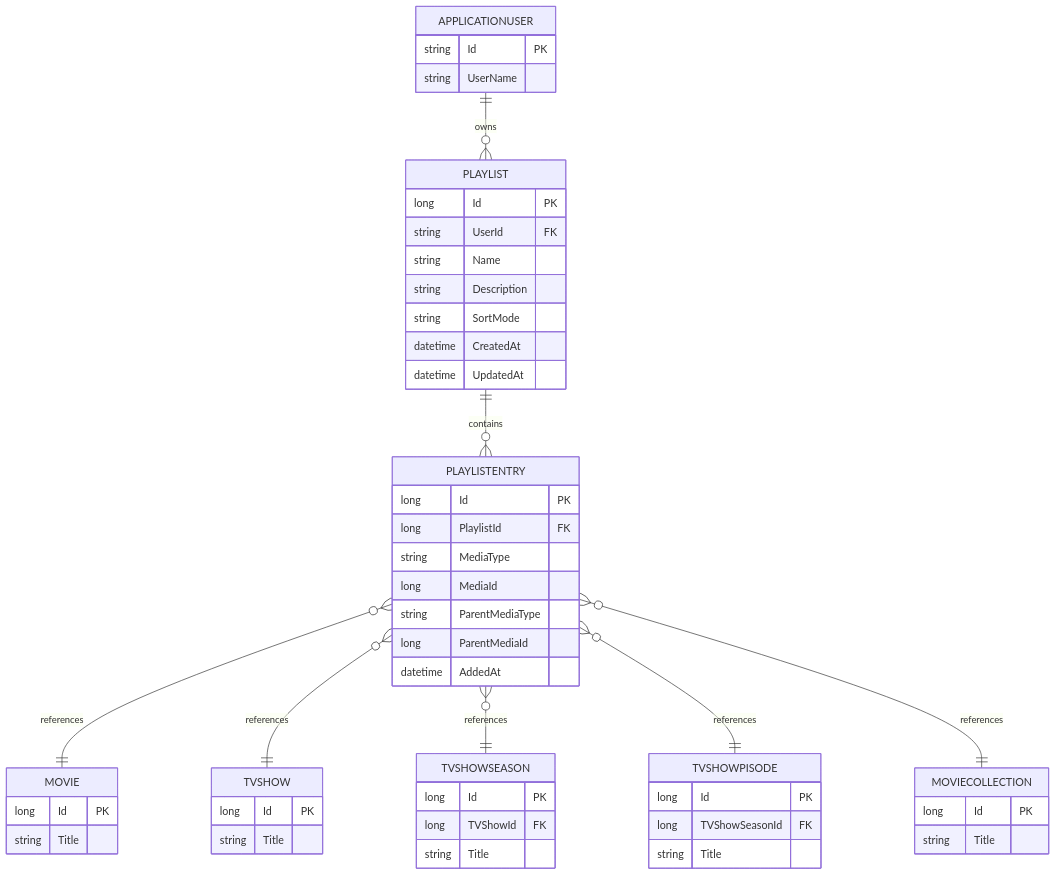
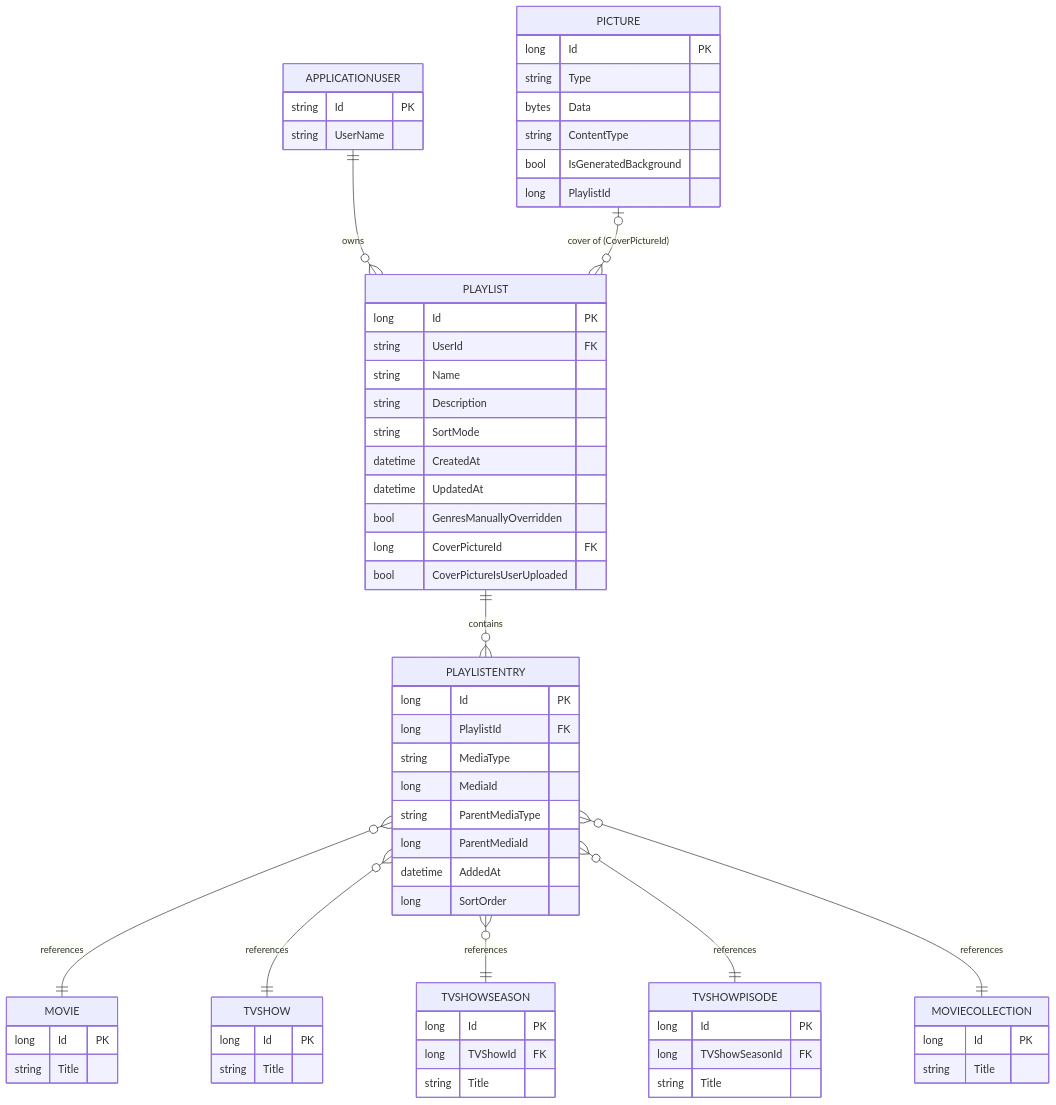
One commit to martin-stromberg/VideoPlayer changed the diagram in docs/help/playlists-datenmodell.md. Above: the diagram before and after it, drawn with Mermaid. The commit also changed other lines of this file and 19 other files, not shown here.

````diff
--- a/docs/help/playlists-datenmodell.md
+++ b/docs/help/playlists-datenmodell.md
@@ -149,62 +191,76 @@
 ```mermaid
 erDiagram
     APPLICATIONUSER ||--o{ PLAYLIST : owns
     PLAYLIST ||--o{ PLAYLISTENTRY : contains
+    PICTURE |o--o{ PLAYLIST : "cover of (CoverPictureId)"
     PLAYLISTENTRY }o--|| MOVIE : references
     PLAYLISTENTRY }o--|| TVSHOW : references
     PLAYLISTENTRY }o--|| TVSHOWSEASON : references
     PLAYLISTENTRY }o--|| TVSHOWPISODE : references
     PLAYLISTENTRY }o--|| MOVIECOLLECTION : references
 
     APPLICATIONUSER {
         string Id PK
         string UserName
     }
 
     PLAYLIST {
         long Id PK
         string UserId FK
         string Name
         string Description
         string SortMode
         datetime CreatedAt
         datetime UpdatedAt
+        bool GenresManuallyOverridden
+        long CoverPictureId FK
+        bool CoverPictureIsUserUploaded
     }
 
     PLAYLISTENTRY {
         long Id PK
         long PlaylistId FK
         string MediaType
         long MediaId
         string ParentMediaType
         long ParentMediaId
         datetime AddedAt
+        long SortOrder
+    }
+
+    PICTURE {
+        long Id PK
+        string Type
+        bytes Data
+        string ContentType
+        bool IsGeneratedBackground
+        long PlaylistId
     }
 
     MOVIE {
         long Id PK
         string Title
     }
 
     TVSHOW {
         long Id PK
         string Title
     }
 
     TVSHOWSEASON {
         long Id PK
         long TVShowId FK
         string Title
     }
 
     TVSHOWPISODE {
         long Id PK
         long TVShowSeasonId FK
         string Title
     }
 
     MOVIECOLLECTION {
         long Id PK
         string Title
     }
 ```
````
